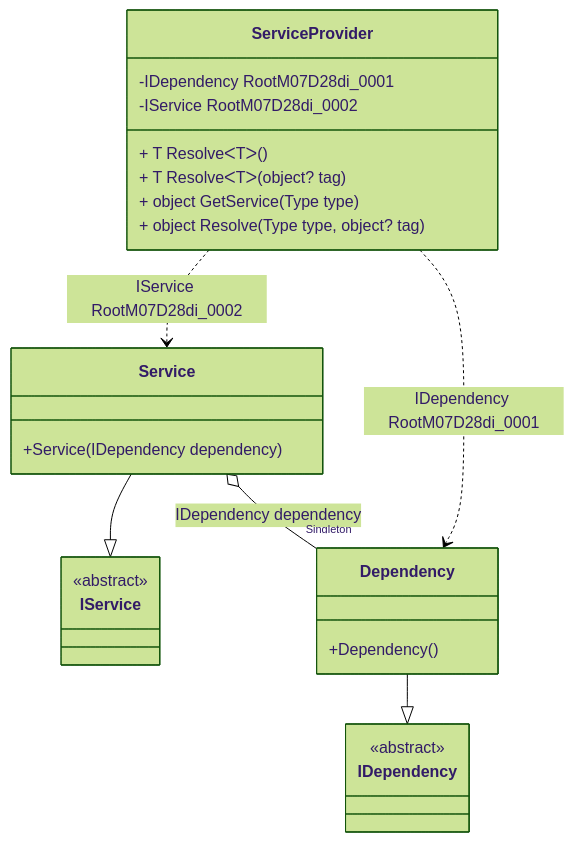
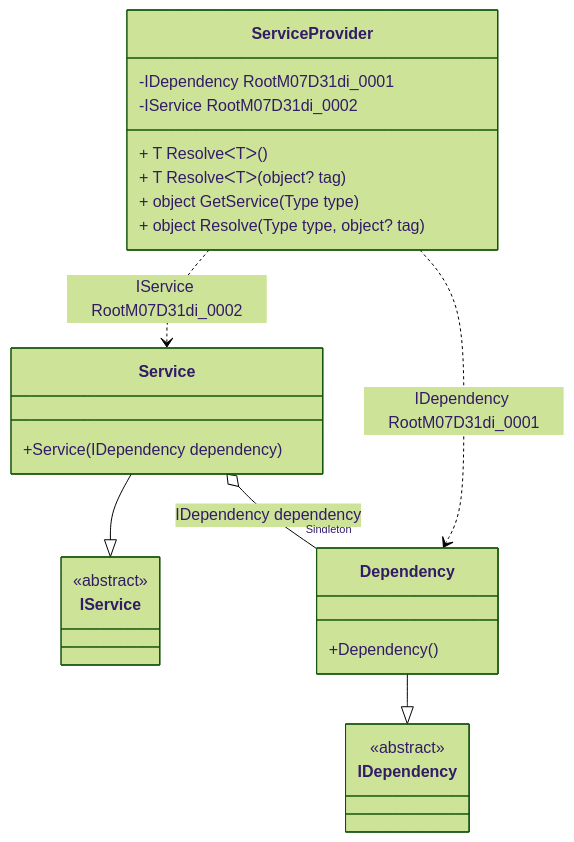
The diagram in readme/service-provider.md (DevTeam/Pure.DI), drawn with Mermaid (forest theme) before and after one commit. The commit also changed other lines of this file and 73 other files, not shown here.

````diff
--- a/readme/service-provider.md
+++ b/readme/service-provider.md
@@ -50,28 +50,28 @@
 ```mermaid
 classDiagram
   class ServiceProvider {
-    -IDependency RootM07D28di_0001
-    -IService RootM07D28di_0002
+    -IDependency RootM07D31di_0001
+    -IService RootM07D31di_0002
     + T ResolveᐸTᐳ()
     + T ResolveᐸTᐳ(object? tag)
     + object GetService(Type type)
     + object Resolve(Type type, object? tag)
   }
   Service --|> IService : 
   class Service {
     +Service(IDependency dependency)
   }
   Dependency --|> IDependency : 
   class Dependency {
     +Dependency()
   }
   class IService {
     <<abstract>>
   }
   class IDependency {
     <<abstract>>
   }
   Service o--  "Singleton" Dependency : IDependency dependency
-  ServiceProvider ..> Dependency : IDependency RootM07D28di_0001
-  ServiceProvider ..> Service : IService RootM07D28di_0002
+  ServiceProvider ..> Dependency : IDependency RootM07D31di_0001
+  ServiceProvider ..> Service : IService RootM07D31di_0002
 ```
````
